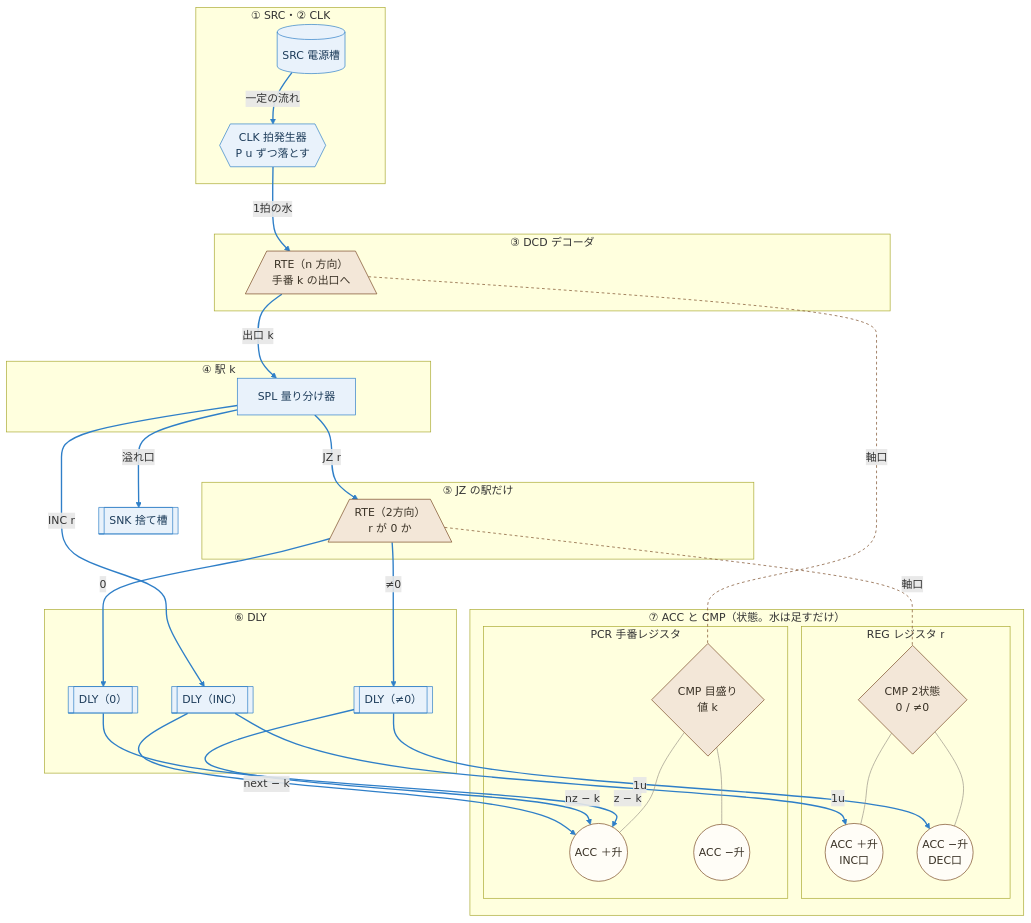
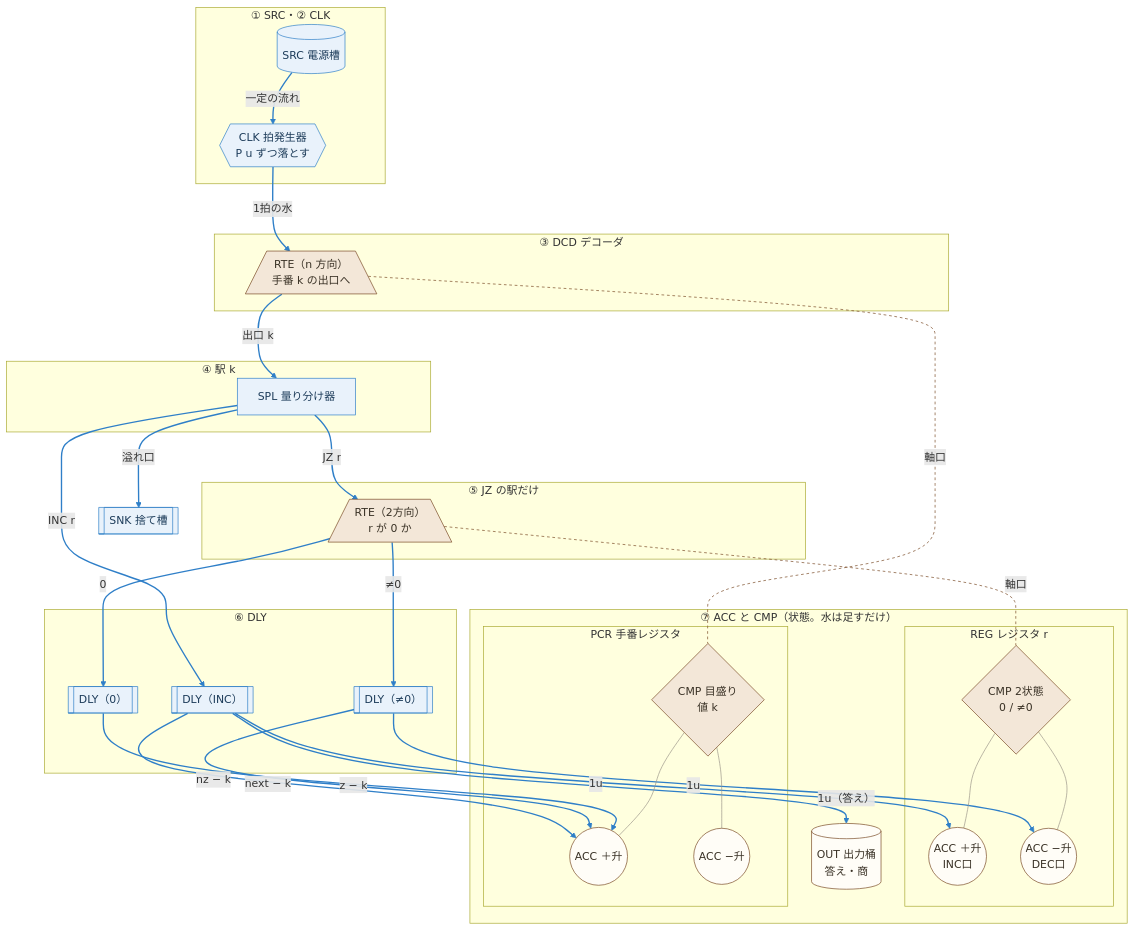
One commit to kuippa/Sakafune changed the first of 2 diagrams in design/10_fall-model.md. Above: the diagram before and after it, drawn with Mermaid. The commit also changed other lines of this file and 4 other files, not shown here.

````diff
--- a/design/10_fall-model.md
+++ b/design/10_fall-model.md
@@ -84,66 +85,68 @@
 ```mermaid
 flowchart TB
   subgraph T1["① SRC・② CLK"]
     SRC[("SRC 電源槽")]
     CLK{{"CLK 拍発生器<br/>P u ずつ落とす"}}
   end
   subgraph T3["③ DCD デコーダ"]
     DRTE[/"RTE（n 方向）<br/>手番 k の出口へ"\]
   end
   subgraph T4["④ 駅 k"]
     SPL["SPL 量り分け器"]
   end
   subgraph T5["⑤ JZ の駅だけ"]
     ZRTE[/"RTE（2方向）<br/>r が 0 か"\]
   end
   subgraph T6["⑥ DLY"]
     DI[["DLY（INC）"]]
     DN[["DLY（≠0）"]]
     DZ[["DLY（0）"]]
   end
   subgraph T7["⑦ ACC と CMP（状態。水は足すだけ）"]
     subgraph REG["REG レジスタ r"]
       RP(("ACC ＋升<br/>INC口"))
       RM(("ACC −升<br/>DEC口"))
       RC{"CMP 2状態<br/>0 / ≠0"}
     end
+    OUT[("OUT 出力桶<br/>答え・商")]
     subgraph PCR["PCR 手番レジスタ"]
       PP(("ACC ＋升"))
       PM(("ACC −升"))
       PC{"CMP 目盛り<br/>値 k"}
     end
   end
   SNK[["SNK 捨て槽"]]
 
   SRC -->|"一定の流れ"| CLK
   CLK -->|"1拍の水"| DRTE
   DRTE -->|"出口 k"| SPL
   SPL -->|"INC r"| DI
   SPL -->|"JZ r"| ZRTE
   SPL -->|"溢れ口"| SNK
   ZRTE -->|"≠0"| DN
   ZRTE -->|"0"| DZ
   DI -->|"1u"| RP
+  DI -->|"1u（答え）"| OUT
   DI -->|"next − k"| PP
   DN -->|"1u"| RM
   DN -->|"nz − k"| PP
   DZ -->|"z − k"| PP
 
   DRTE -.-|"軸口"| PC
   ZRTE -.-|"軸口"| RC
   RC --- RP
   RC --- RM
   PC --- PP
   PC --- PM
   T1 ~~~ T3 ~~~ T4 ~~~ T5 ~~~ T6 ~~~ T7
 
   classDef water fill:#e9f2fb,stroke:#2f7fc8,color:#1d3c5a
   classDef wood fill:#f3e7d8,stroke:#7a4a26,color:#3a3226
   classDef acc fill:#fffdf7,stroke:#7a4a26,color:#3a3226
   class SRC,CLK,SPL,DI,DN,DZ,SNK water
   class DRTE,ZRTE,RC,PC wood
-  class RP,RM,PP,PM acc
-  linkStyle 0,1,2,3,4,5,6,7,8,9,10,11,12 stroke:#2f7fc8,stroke-width:2px
-  linkStyle 13,14 stroke:#7a4a26,stroke-dasharray:4 4
-  linkStyle 15,16,17,18 stroke:#9b958a,stroke-width:1px
+  class RP,RM,PP,PM,OUT acc
+  linkStyle 0,1,2,3,4,5,6,7,8,9,10,11,12,13 stroke:#2f7fc8,stroke-width:2px
+  linkStyle 14,15 stroke:#7a4a26,stroke-dasharray:4 4
+  linkStyle 16,17,18,19 stroke:#9b958a,stroke-width:1px
 ```
````
